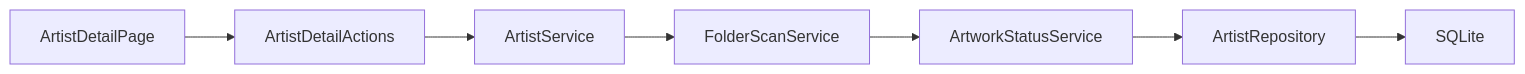
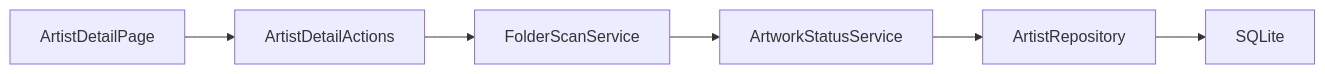
The sixth of 14 diagrams in docs/07_ARCHITECTURE.md (PKT0623/PixivLocalManager), drawn with Mermaid before and after one commit. The commit also changed other lines of this file and 10 other files, not shown here.

````diff
--- a/docs/07_ARCHITECTURE.md
+++ b/docs/07_ARCHITECTURE.md
@@ -351,11 +328,10 @@
-```mermaid id="pba24n"
+```mermaid
 flowchart LR
 
 ArtistDetailPage
 --> ArtistDetailActions
---> ArtistService
 --> FolderScanService
 --> ArtworkStatusService
 --> ArtistRepository
 --> SQLite
 ```
````
